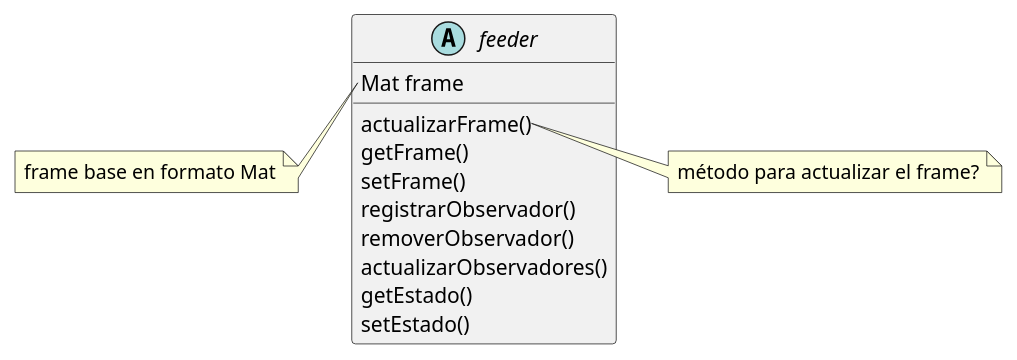
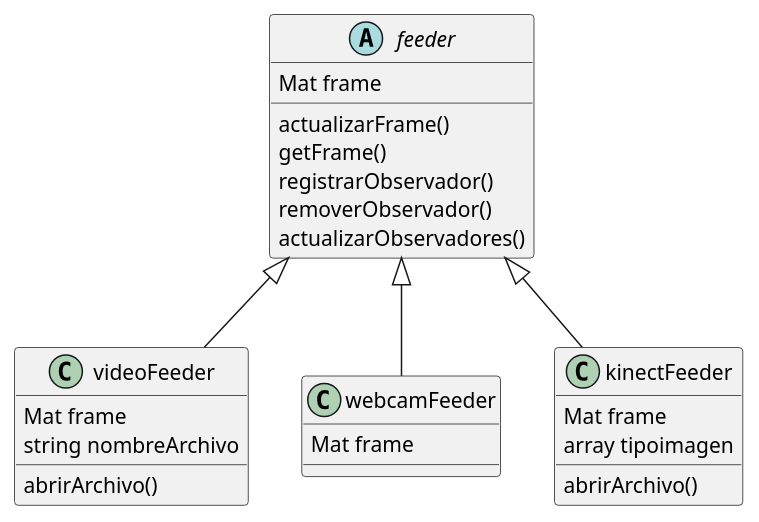
One commit to agustinavila/ProyectoVision changed the third of 4 diagrams in Diagrama.puml. Above: the diagram before and after it, drawn with PlantUML. The commit also changed other lines of this file and 5 other files, not shown here.

```diff
--- a/Diagrama.puml
+++ b/Diagrama.puml
@@ -89,20 +68,31 @@
 @startuml feeder
+
 abstract class feeder{
 	Mat frame
 	actualizarFrame()
 	getFrame()
-	setFrame()
 	registrarObservador()
 	removerObservador()
 	actualizarObservadores()
-	getEstado()
-	setEstado()
 }
-note left of feeder::frame
-frame base en formato Mat
-end note
 
-note right of feeder::actualizarFrame()
-método para actualizar el frame?
-end note
+class videoFeeder{
+	Mat frame
+	string nombreArchivo
+	abrirArchivo()
+}
+feeder<|--videoFeeder
+
+class webcamFeeder{
+	Mat frame
+}
+feeder<|--webcamFeeder
+
+class kinectFeeder{
+	'"tipoimagen" deberia servir para registrar RGB, IR o profundidad
+	Mat frame
+	array tipoimagen
+	abrirArchivo()
+}
+feeder<|--kinectFeeder
 @enduml
```
